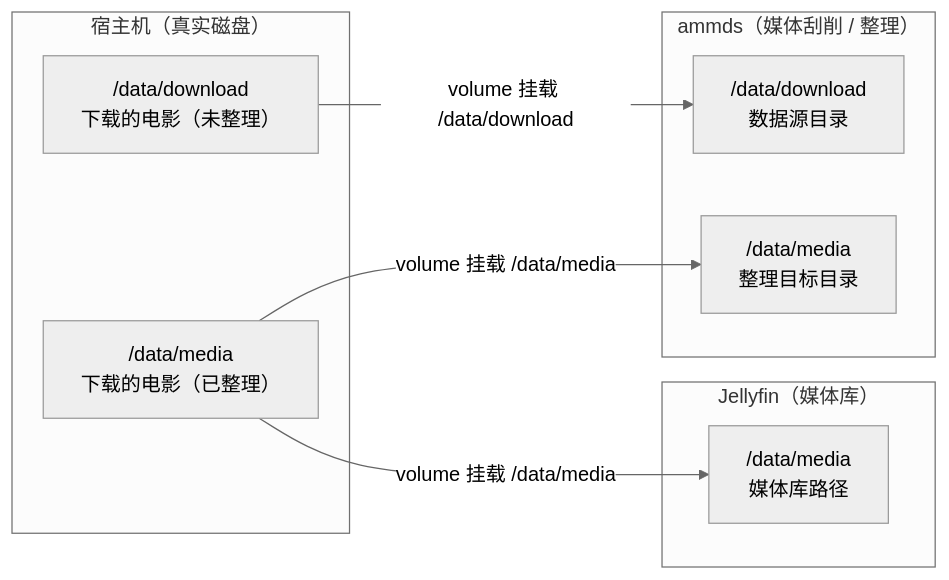
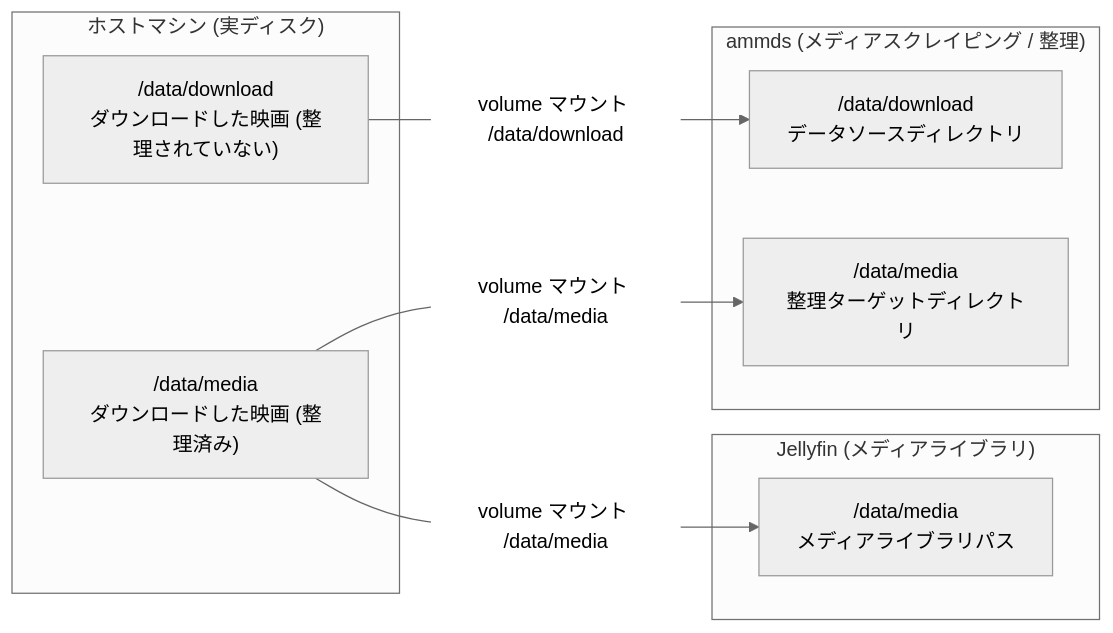
One commit to QYG2297248353/AMMDS-DOC changed the second of 5 diagrams in i18n/ja/docusaurus-plugin-content-docs/current/usage/Mount.md. Above: the diagram before and after it, drawn with Mermaid (neutral theme). The commit also changed other lines of this file and 23 other files, not shown here.

````diff
--- a/i18n/ja/docusaurus-plugin-content-docs/current/usage/Mount.md
+++ b/i18n/ja/docusaurus-plugin-content-docs/current/usage/Mount.md
@@ -74,33 +74,33 @@
 ```mermaid
 flowchart LR
     %% =========================
-    %% 宿主机（只保留事实）
+    %% ホストマシン（事実のみ保持）
     %% =========================
-    subgraph HOST["宿主机（真实磁盘）"]
-        D1["/data/download<br/>下载的电影（未整理）"]
-        D2["/data/media<br/>下载的电影（已整理）"]
+    subgraph HOST["ホストマシン (実ディスク)"]
+        D1["/data/download<br/>ダウンロードした映画 (整理されていない)"]
+        D2["/data/media<br/>ダウンロードした映画 (整理済み)"]
     end
 
     %% =========================
     %% ammds
     %% =========================
-    subgraph AMMDS["ammds（媒体刮削 / 整理）"]
-        A1["/data/download<br/>数据源目录"]
-        A2["/data/media<br/>整理目标目录"]
+    subgraph AMMDS["ammds (メディアスクレイピング / 整理)"]
+        A1["/data/download<br/>データソースディレクトリ"]
+        A2["/data/media<br/>整理ターゲットディレクトリ"]
     end
 
     %% =========================
     %% jellyfin
     %% =========================
-    subgraph JELLYFIN["Jellyfin（媒体库）"]
-        J["/data/media<br/>媒体库路径"]
+    subgraph JELLYFIN["Jellyfin (メディアライブラリ)"]
+        J["/data/media<br/>メディアライブラリパス"]
     end
 
     %% =========================
-    %% 挂载关系（只剩必要的）
+    %% マウント関係（必要なもののみ）
     %% =========================
-    D1 -->|"volume 挂载 /data/download"| A1
-    D2 -->|"volume 挂载 /data/media"| A2
-    D2 -->|"volume 挂载 /data/media"| J
+    D1 -->|"volume マウント /data/download"| A1
+    D2 -->|"volume マウント /data/media"| A2
+    D2 -->|"volume マウント /data/media"| J
 
 ```
````
